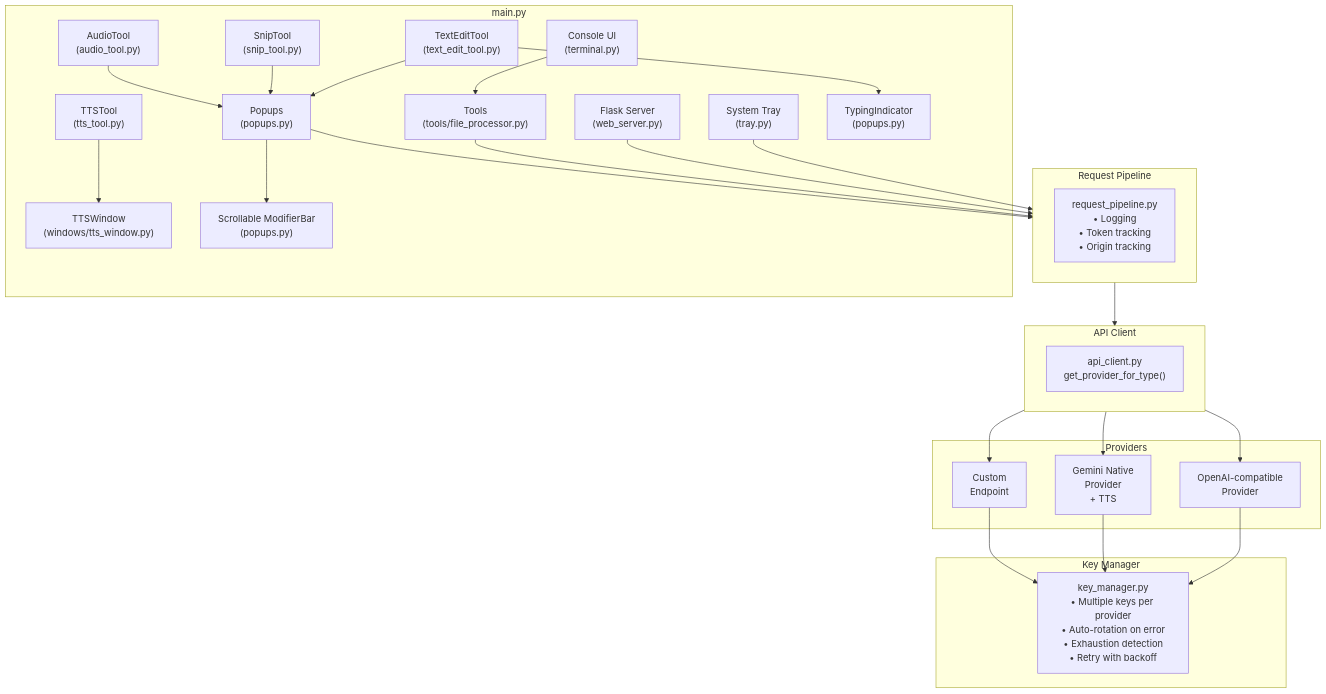
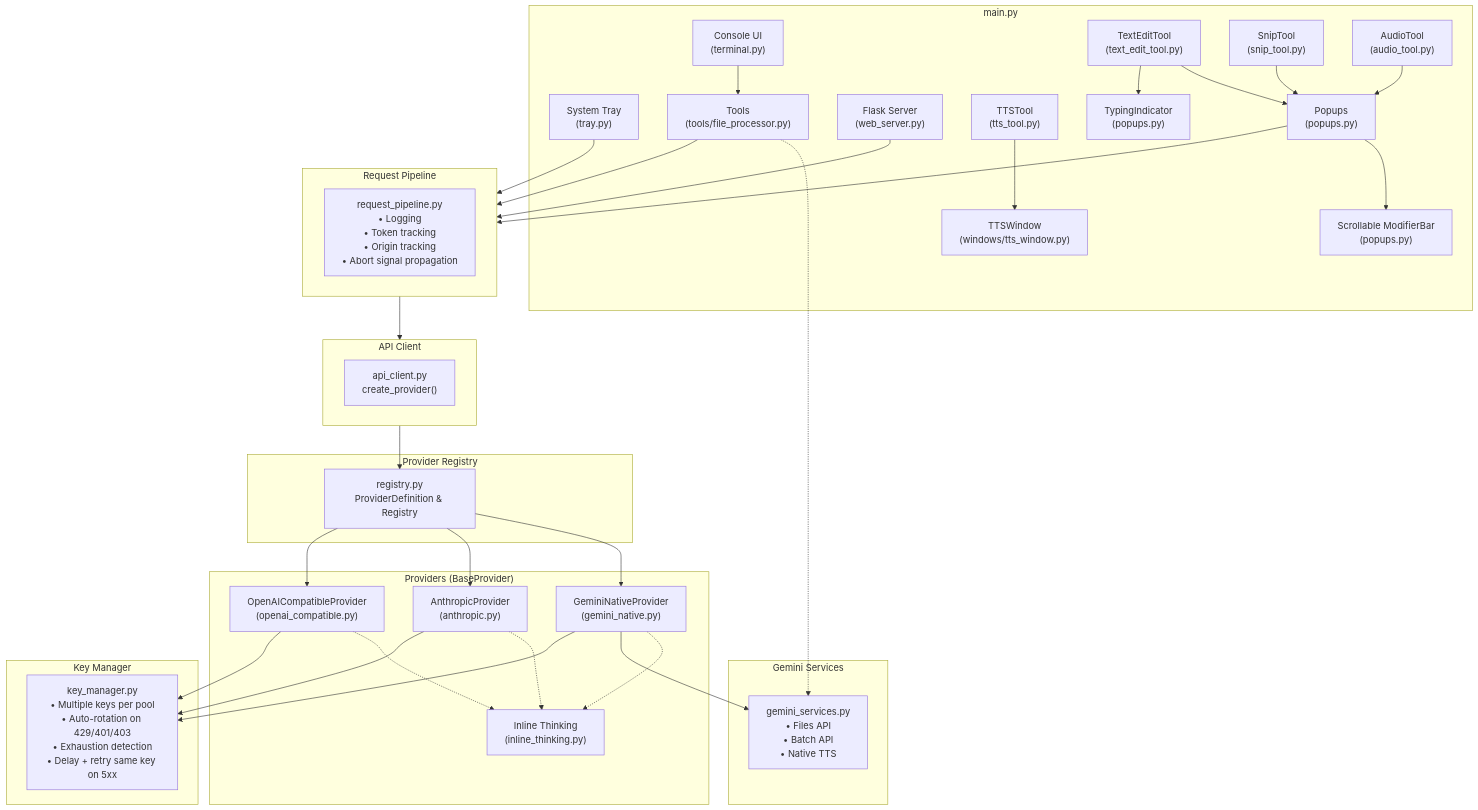
Before and after one commit to zaxx-q/AIPromptBridge: the first of 3 diagrams in docs/ARCHITECTURE.md, drawn with Mermaid. The commit also changed other lines of this file and 2 other files, not shown here.

````diff
--- a/docs/ARCHITECTURE.md
+++ b/docs/ARCHITECTURE.md
@@ -23,54 +23,69 @@
 ```mermaid
 flowchart TB
     subgraph Main["main.py"]
         Tray["System Tray<br/>(tray.py)"]
         Console["Console UI<br/>(terminal.py)"]
         Tools["Tools<br/>(tools/file_processor.py)"]
         Flask["Flask Server<br/>(web_server.py)"]
         TET["TextEditTool<br/>(text_edit_tool.py)"]
         Snip["SnipTool<br/>(snip_tool.py)"]
         Audio["AudioTool<br/>(audio_tool.py)"]
         TTS["TTSTool<br/>(tts_tool.py)"]
         TTSUI["TTSWindow<br/>(windows/tts_window.py)"]
         Popups["Popups<br/>(popups.py)"]
         Modifiers["Scrollable ModifierBar<br/>(popups.py)"]
         TypingInd["TypingIndicator<br/>(popups.py)"]
     end
     
     subgraph Pipeline["Request Pipeline"]
-        RP["request_pipeline.py<br/>• Logging<br/>• Token tracking<br/>• Origin tracking"]
+        RP["request_pipeline.py<br/>• Logging<br/>• Token tracking<br/>• Origin tracking<br/>• Abort signal propagation"]
     end
     
     subgraph APIClient["API Client"]
-        AC["api_client.py<br/>get_provider_for_type()"]
+        AC["api_client.py<br/>create_provider()"]
+    end
+
+    subgraph Registry["Provider Registry"]
+        PR["registry.py<br/>ProviderDefinition & Registry"]
     end
     
-    subgraph Providers["Providers"]
-        OAI["OpenAI-compatible<br/>Provider"]
-        Gemini["Gemini Native<br/>Provider<br/>+ TTS"]
-        Custom["Custom<br/>Endpoint"]
+    subgraph Providers["Providers (BaseProvider)"]
+        Gemini["GeminiNativeProvider<br/>(gemini_native.py)"]
+        Anthropic["AnthropicProvider<br/>(anthropic.py)"]
+        OAI["OpenAICompatibleProvider<br/>(openai_compatible.py)"]
+        InlineThinking["Inline Thinking<br/>(inline_thinking.py)"]
+    end
+
+    subgraph GeminiSvcs["Gemini Services"]
+        GS["gemini_services.py<br/>• Files API<br/>• Batch API<br/>• Native TTS"]
     end
     
     subgraph KeyMgr["Key Manager"]
-        KM["key_manager.py<br/>• Multiple keys per provider<br/>• Auto-rotation on error<br/>• Exhaustion detection<br/>• Retry with backoff"]
+        KM["key_manager.py<br/>• Multiple keys per pool<br/>• Auto-rotation on 429/401/403<br/>• Exhaustion detection<br/>• Delay + retry same key on 5xx"]
     end
     
     Tray --> Pipeline
     Flask --> Pipeline
     Console --> Tools
     Tools --> Pipeline
     TET --> Popups
     Snip --> Popups
     Audio --> Popups
     TTS --> TTSUI
     Popups --> Modifiers
     TET --> TypingInd
     Popups --> Pipeline
     Pipeline --> APIClient
-    APIClient --> OAI
-    APIClient --> Gemini
-    APIClient --> Custom
+    APIClient --> PR
+    PR --> Gemini
+    PR --> Anthropic
+    PR --> OAI
+    Gemini -.-> InlineThinking
+    OAI -.-> InlineThinking
+    Anthropic -.-> InlineThinking
+    Gemini --> GS
+    Tools -.-> GS
+    Gemini --> KM
+    Anthropic --> KM
     OAI --> KM
-    Gemini --> KM
-    Custom --> KM
 ```
````
